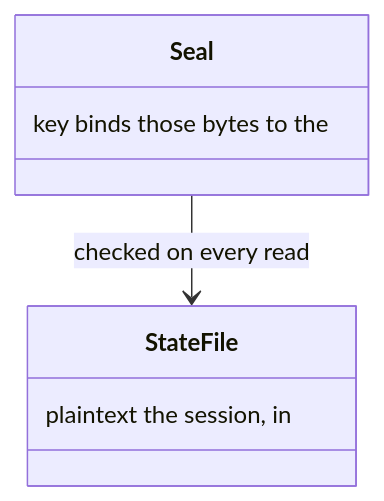
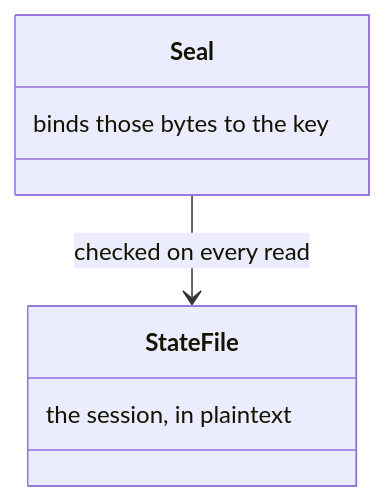
Diagram 32 of 36 in docs/state.md (m2ux/workflow-server), drawn with Mermaid before and after one commit. The commit also changed other lines of this file and 10 other files, not shown here.

Commit message:
Write each class-box note in reading order so the diagram shows the phrase as written.

````diff
--- a/docs/state.md
+++ b/docs/state.md
@@ -584,10 +584,10 @@
 ```mermaid
 classDiagram
   class StateFile {
-    plaintext the session, in
+    the session, in plaintext
   }
   class Seal {
-    key binds those bytes to the
+    binds those bytes to the key
   }
   Seal --> StateFile : checked on every read
 ```
````
